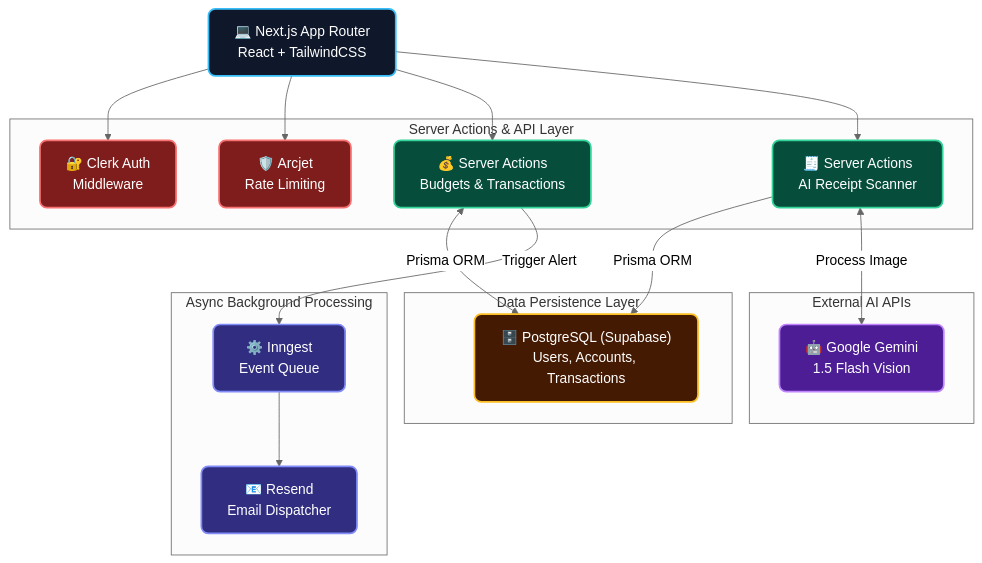
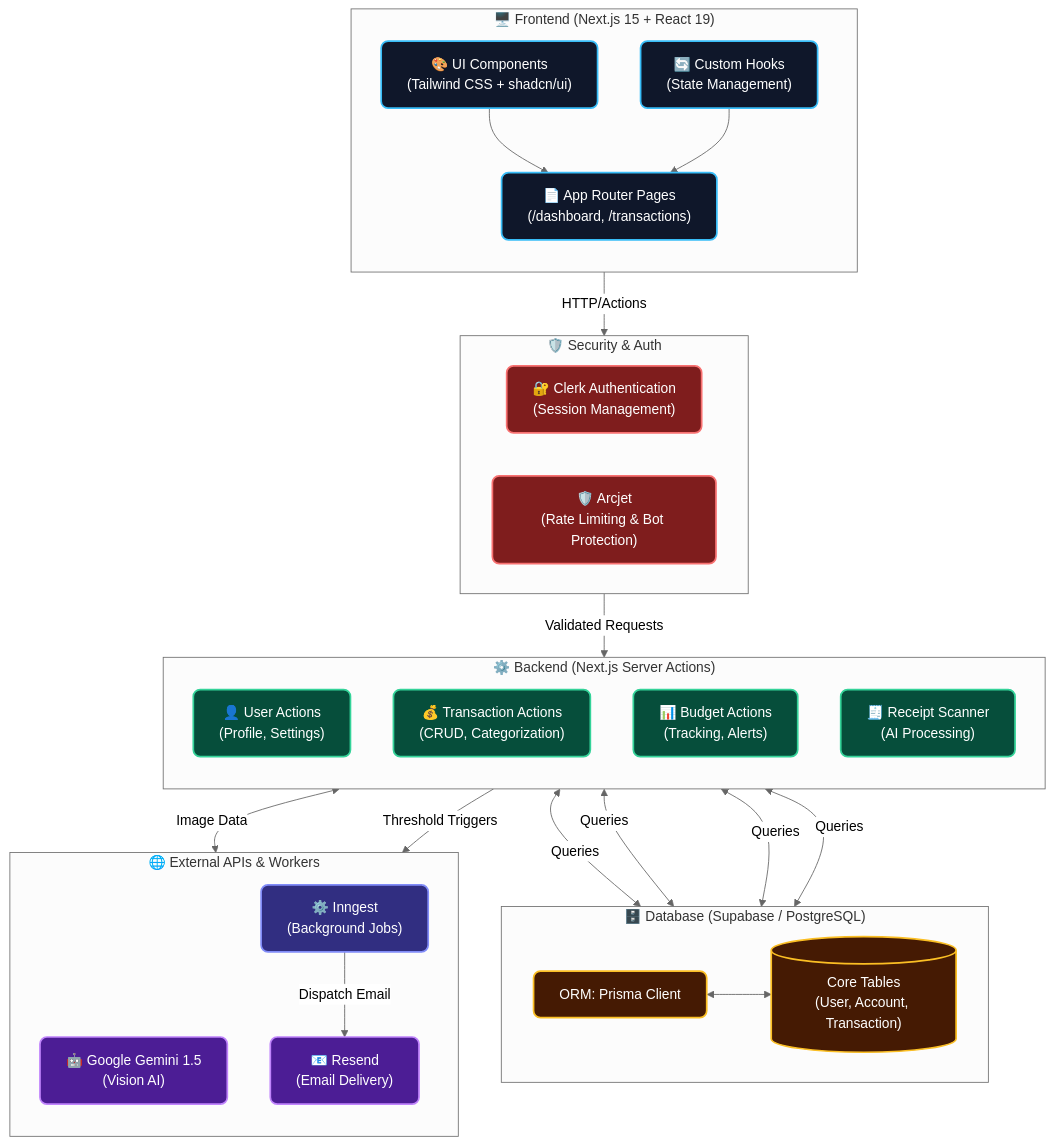
One commit to shreedharkb/FinOS changed the first of 2 diagrams in README.md. Above: the diagram before and after it, drawn with Mermaid (neutral theme). The commit also changed other lines of this file, not shown here.

Commit message:
docs: enhance project README with detailed technical design, architectural diagrams, and expanded feature documentation

````diff
--- a/README.md
+++ b/README.md
@@ -58,44 +78,58 @@
 ```mermaid
-flowchart TD
+flowchart TB
     classDef client fill:#0f172a,stroke:#38bdf8,stroke-width:2px,color:#fff,rx:8px
-    classDef api fill:#064e3b,stroke:#34d399,stroke-width:2px,color:#fff,rx:8px
+    classDef backend fill:#064e3b,stroke:#34d399,stroke-width:2px,color:#fff,rx:8px
     classDef db fill:#451a03,stroke:#fbbf24,stroke-width:2px,color:#fff,rx:8px
+    classDef ext fill:#4c1d95,stroke:#c084fc,stroke-width:2px,color:#fff,rx:8px
+    classDef security fill:#7f1d1d,stroke:#f87171,stroke-width:2px,color:#fff,rx:8px
     classDef queue fill:#312e81,stroke:#818cf8,stroke-width:2px,color:#fff,rx:8px
-    classDef llm fill:#4c1d95,stroke:#c084fc,stroke-width:2px,color:#fff,rx:8px
-    classDef security fill:#7f1d1d,stroke:#f87171,stroke-width:2px,color:#fff,rx:8px
 
-    React["💻 Next.js App Router<br>React + TailwindCSS"]:::client
-
-    subgraph BackendActions["Server Actions & API Layer"]
-        AuthRoute["🔐 Clerk Auth<br>Middleware"]:::security
-        ArcjetRoute["🛡️ Arcjet<br>Rate Limiting"]:::security
-        BudgetAction["💰 Server Actions<br>Budgets & Transactions"]:::api
-        ReceiptAction["🧾 Server Actions<br>AI Receipt Scanner"]:::api
+    subgraph ClientLayer["🖥️ Frontend (Next.js 15 + React 19)"]
+        direction TB
+        UI["🎨 UI Components<br/>(Tailwind CSS + shadcn/ui)"]:::client
+        Hooks["🔄 Custom Hooks<br/>(State Management)"]:::client
+        Pages["📄 App Router Pages<br/>(/dashboard, /transactions)"]:::client
+        UI --> Pages
+        Hooks --> Pages
     end
 
-    React --> AuthRoute
-    React --> ArcjetRoute
-    React --> BudgetAction
-    React --> ReceiptAction
-
-    subgraph Databases["Data Persistence Layer"]
-        PG["🗄️ PostgreSQL (Supabase)<br>Users, Accounts, Transactions"]:::db
+    subgraph SecurityLayer["🛡️ Security & Auth"]
+        direction LR
+        Clerk["🔐 Clerk Authentication<br/>(Session Management)"]:::security
+        Arcjet["🛡️ Arcjet<br/>(Rate Limiting & Bot Protection)"]:::security
     end
 
-    BudgetAction <-->|"Prisma ORM"| PG
-    ReceiptAction -->|"Prisma ORM"| PG
-
-    subgraph AsyncProcessing["Async Background Processing"]
-        InngestQueue["⚙️ Inngest<br>Event Queue"]:::queue
-        EmailWorker["📧 Resend<br>Email Dispatcher"]:::queue
+    subgraph ServerLayer["⚙️ Backend (Next.js Server Actions)"]
+        direction TB
+        UserAction["👤 User Actions<br/>(Profile, Settings)"]:::backend
+        TransactionAction["💰 Transaction Actions<br/>(CRUD, Categorization)"]:::backend
+        BudgetAction["📊 Budget Actions<br/>(Tracking, Alerts)"]:::backend
+        ReceiptScan["🧾 Receipt Scanner<br/>(AI Processing)"]:::backend
     end
 
-    BudgetAction -->|"Trigger Alert"| InngestQueue
-    InngestQueue --> EmailWorker
-
-    subgraph ExternalAI["External AI APIs"]
-        GeminiLLM["🤖 Google Gemini<br>1.5 Flash Vision"]:::llm
+    subgraph DatabaseLayer["🗄️ Database (Supabase / PostgreSQL)"]
+        direction LR
+        Prisma["ORM: Prisma Client"]:::db
+        Tables[("Core Tables<br/>(User, Account, Transaction)")]:::db
+        Prisma <--> Tables
     end
 
-    ReceiptAction <-->|"Process Image"| GeminiLLM
+    subgraph ExternalServices["🌐 External APIs & Workers"]
+        direction TB
+        Gemini["🤖 Google Gemini 1.5<br/>(Vision AI)"]:::ext
+        Inngest["⚙️ Inngest<br/>(Background Jobs)"]:::queue
+        Resend["📧 Resend<br/>(Email Delivery)"]:::ext
+    end
+
+    Pages -->|HTTP/Actions| SecurityLayer
+    SecurityLayer -->|Validated Requests| ServerLayer
+    
+    UserAction <-->|Queries| Prisma
+    TransactionAction <-->|Queries| Prisma
+    BudgetAction <-->|Queries| Prisma
+    ReceiptScan <-->|Queries| Prisma
+    
+    ReceiptScan <-->|Image Data| Gemini
+    BudgetAction -->|Threshold Triggers| Inngest
+    Inngest -->|Dispatch Email| Resend
 ```
````
